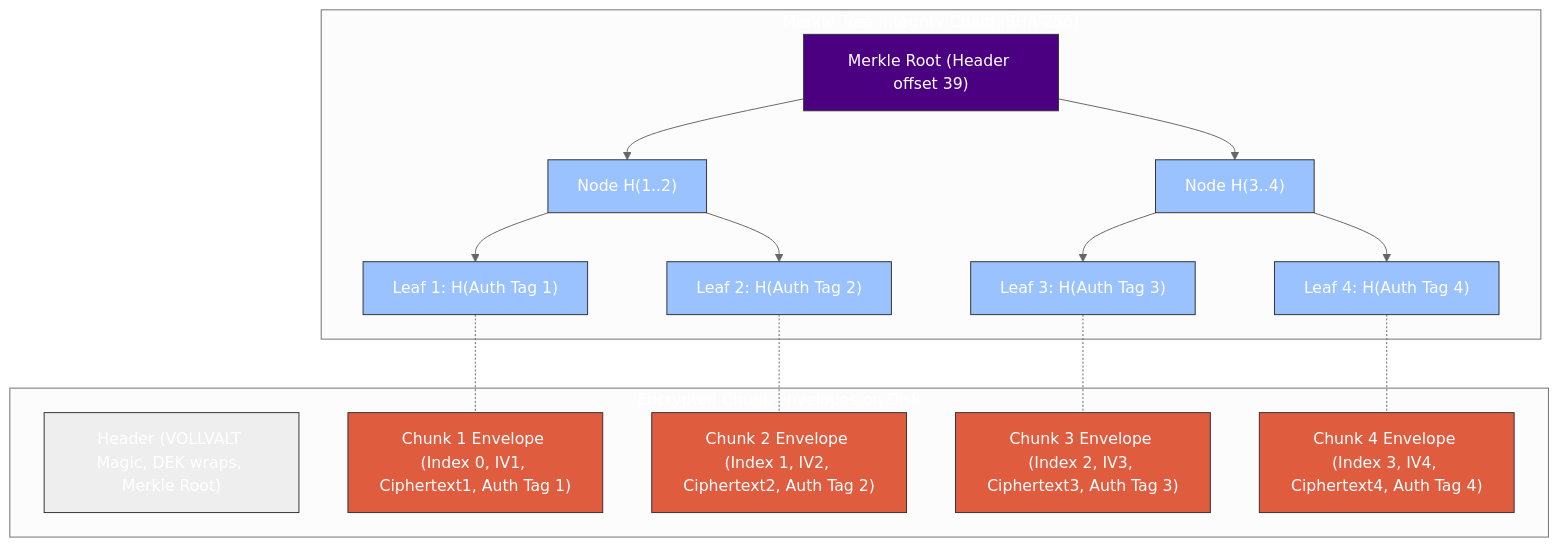
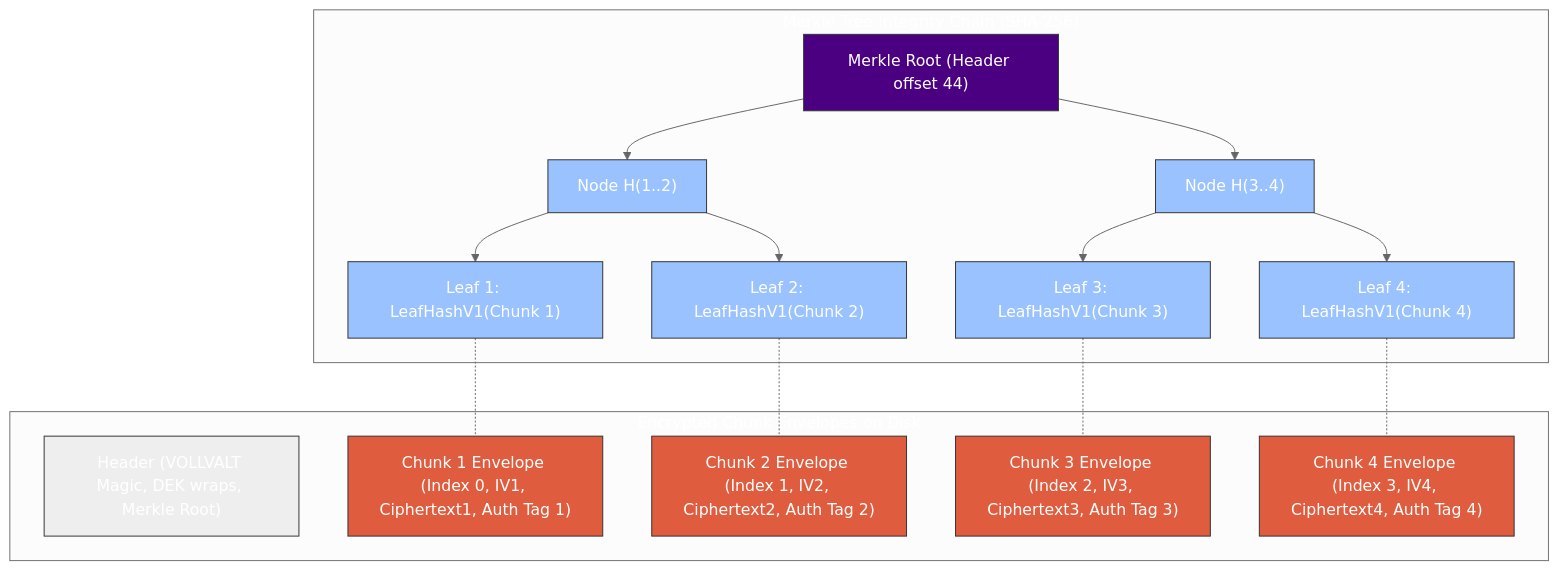
One commit to BeratVural/vollcrypt changed the first of 2 diagrams in README-files.md. Above: the diagram before and after it, drawn with Mermaid (neutral theme). The commit also changed other lines of this file and 15 other files, not shown here.

````diff
--- a/README-files.md
+++ b/README-files.md
@@ -13,37 +42,37 @@
 ```mermaid
 graph TD
     classDef file fill:#eee,stroke:#333,stroke-width:1px;
     classDef chunk fill:#df5c3f,stroke:#333,stroke-width:1px,color:#fff;
     classDef node fill:#99c2ff,stroke:#333,stroke-width:1px;
     classDef root fill:#4b0082,stroke:#333,stroke-width:1px,color:#fff;
 
     subgraph MerkleTree ["Merkle Tree Integrity Chain (SHA-256)"]
-        Root["Merkle Root (Header offset 39)"]:::root
+        Root["Merkle Root (Header offset 44)"]:::root
         H_12["Node H(1..2)"]:::node
         H_34["Node H(3..4)"]:::node
-        Tag1["Leaf 1: H(Auth Tag 1)"]:::node
-        Tag2["Leaf 2: H(Auth Tag 2)"]:::node
-        Tag3["Leaf 3: H(Auth Tag 3)"]:::node
-        Tag4["Leaf 4: H(Auth Tag 4)"]:::node
+        Tag1["Leaf 1: LeafHashV1(Chunk 1)"]:::node
+        Tag2["Leaf 2: LeafHashV1(Chunk 2)"]:::node
+        Tag3["Leaf 3: LeafHashV1(Chunk 3)"]:::node
+        Tag4["Leaf 4: LeafHashV1(Chunk 4)"]:::node
         
         Root --> H_12
         Root --> H_34
         H_12 --> Tag1
         H_12 --> Tag2
         H_34 --> Tag3
         H_34 --> Tag4
     end
 
     subgraph FileStorage ["Encrypted Chunk Envelopes on Disk"]
         Header["Header (VOLLVALT Magic, DEK wraps, Merkle Root)"]:::file
         Chunk1["Chunk 1 Envelope (Index 0, IV1, Ciphertext1, Auth Tag 1)"]:::chunk
         Chunk2["Chunk 2 Envelope (Index 1, IV2, Ciphertext2, Auth Tag 2)"]:::chunk
         Chunk3["Chunk 3 Envelope (Index 2, IV3, Ciphertext3, Auth Tag 3)"]:::chunk
         Chunk4["Chunk 4 Envelope (Index 3, IV4, Ciphertext4, Auth Tag 4)"]:::chunk
     end
 
     Tag1 -.- Chunk1
     Tag2 -.- Chunk2
     Tag3 -.- Chunk3
     Tag4 -.- Chunk4
 ```
````
